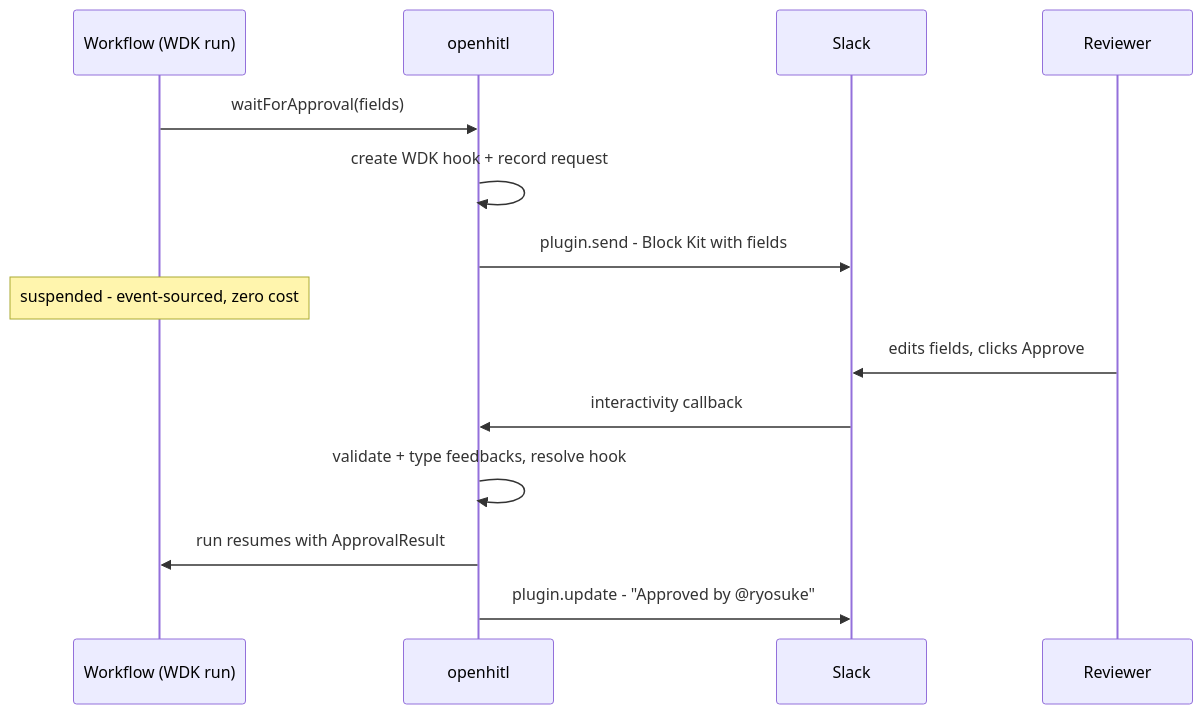
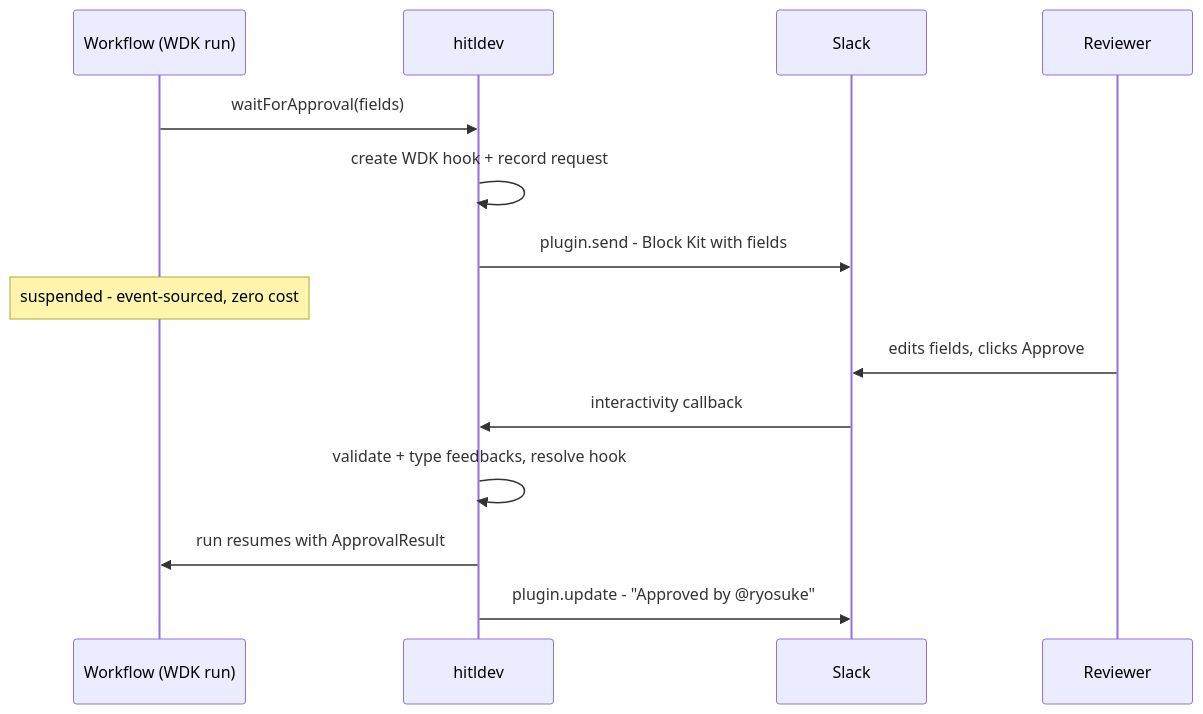
Before and after one commit to u17g/hitl: the diagram in README.md, drawn with Mermaid. The commit also changed other lines of this file and 23 other files, not shown here.

Commit message:
Rename project from openhitl to hitldev, updating package names and references throughout the codebase. This includes changes in package.json, README.md, and various SDK components to reflect the new naming convention.

````diff
--- a/README.md
+++ b/README.md
@@ -202,16 +202,16 @@
 ```mermaid
 sequenceDiagram
   participant W as Workflow (WDK run)
-  participant A as openhitl
+  participant A as hitldev
   participant S as Slack
   participant R as Reviewer
   W->>A: waitForApproval(fields)
   A->>A: create WDK hook + record request
   A->>S: plugin.send - Block Kit with fields
   Note over W: suspended - event-sourced, zero cost
   R->>S: edits fields, clicks Approve
   S->>A: interactivity callback
   A->>A: validate + type feedbacks, resolve hook
   A->>W: run resumes with ApprovalResult
   A->>S: plugin.update - "Approved by @ryosuke"
 ```
````
